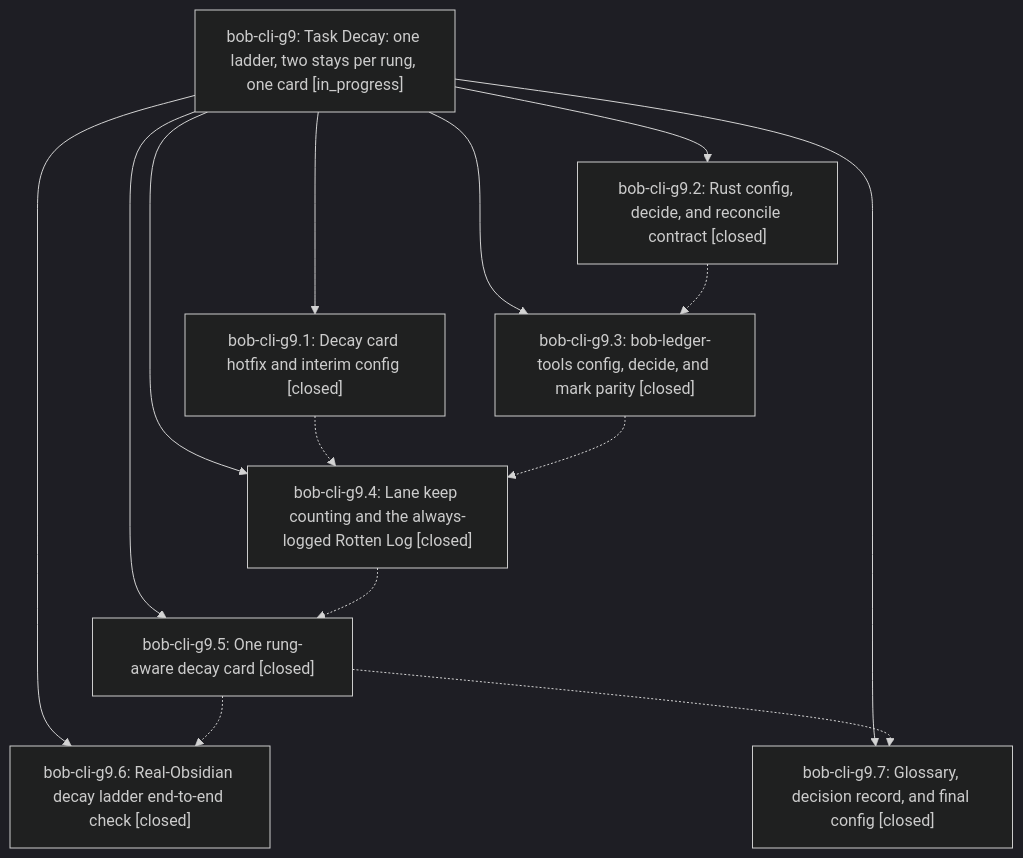
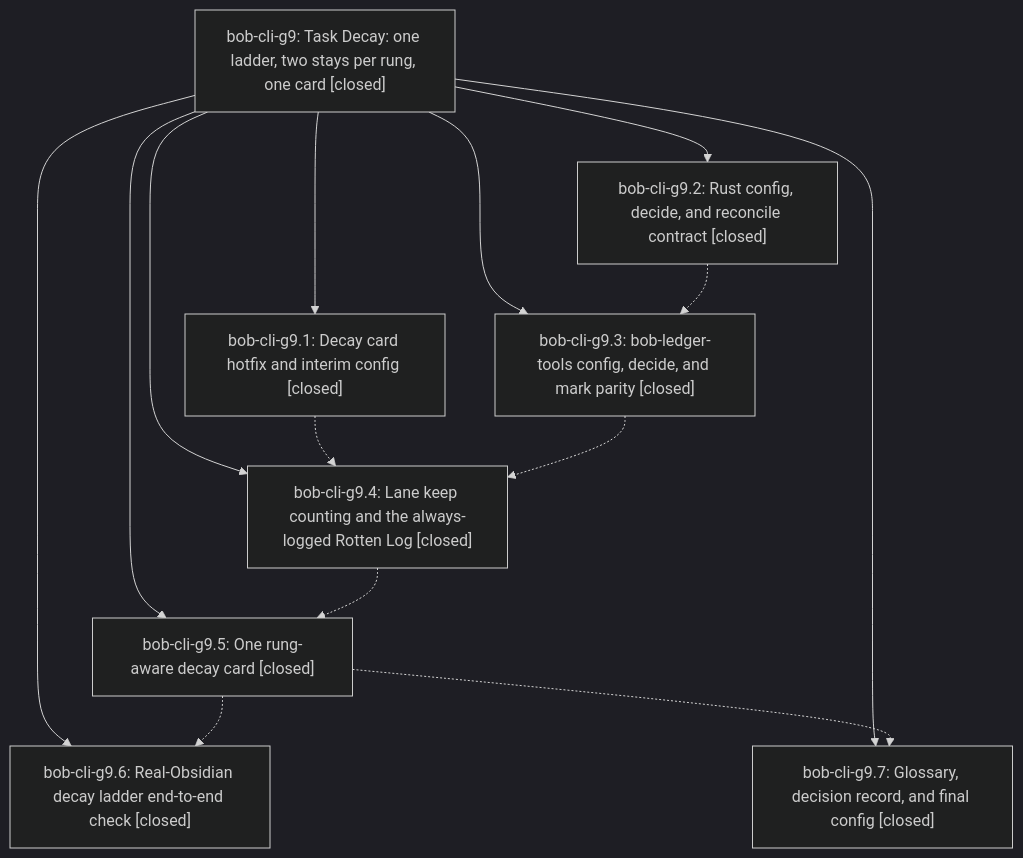
Before and after one commit to bobs-org/bob-cli--beads: the diagram in pages/bob-cli-g9/README.md, drawn with Mermaid (dark theme). The commit also changed other lines of this file and 3 other files, not shown here.

First line of the commit message:
chore(beads): sync bead state and pages for bob-cli-g9

````diff
--- a/pages/bob-cli-g9/README.md
+++ b/pages/bob-cli-g9/README.md
@@ -42,24 +68,24 @@
 ```mermaid
 flowchart TD
-    n0["bob-cli-g9: Task Decay: one ladder, two stays per rung, one card [in_progress]"]
+    n0["bob-cli-g9: Task Decay: one ladder, two stays per rung, one card [closed]"]
     n1["bob-cli-g9.1: Decay card hotfix and interim config [closed]"]
     n2["bob-cli-g9.2: Rust config, decide, and reconcile contract [closed]"]
     n3["bob-cli-g9.3: bob-ledger-tools config, decide, and mark parity [closed]"]
     n4["bob-cli-g9.4: Lane keep counting and the always-logged Rotten Log [closed]"]
     n5["bob-cli-g9.5: One rung-aware decay card [closed]"]
     n6["bob-cli-g9.6: Real-Obsidian decay ladder end-to-end check [closed]"]
     n7["bob-cli-g9.7: Glossary, decision record, and final config [closed]"]
     n0 --> n1
     n0 --> n2
     n0 --> n3
     n0 --> n4
     n0 --> n5
     n0 --> n6
     n0 --> n7
     n1 -.-> n4
     n2 -.-> n3
     n3 -.-> n4
     n4 -.-> n5
     n5 -.-> n6
     n5 -.-> n7
 ```
````
